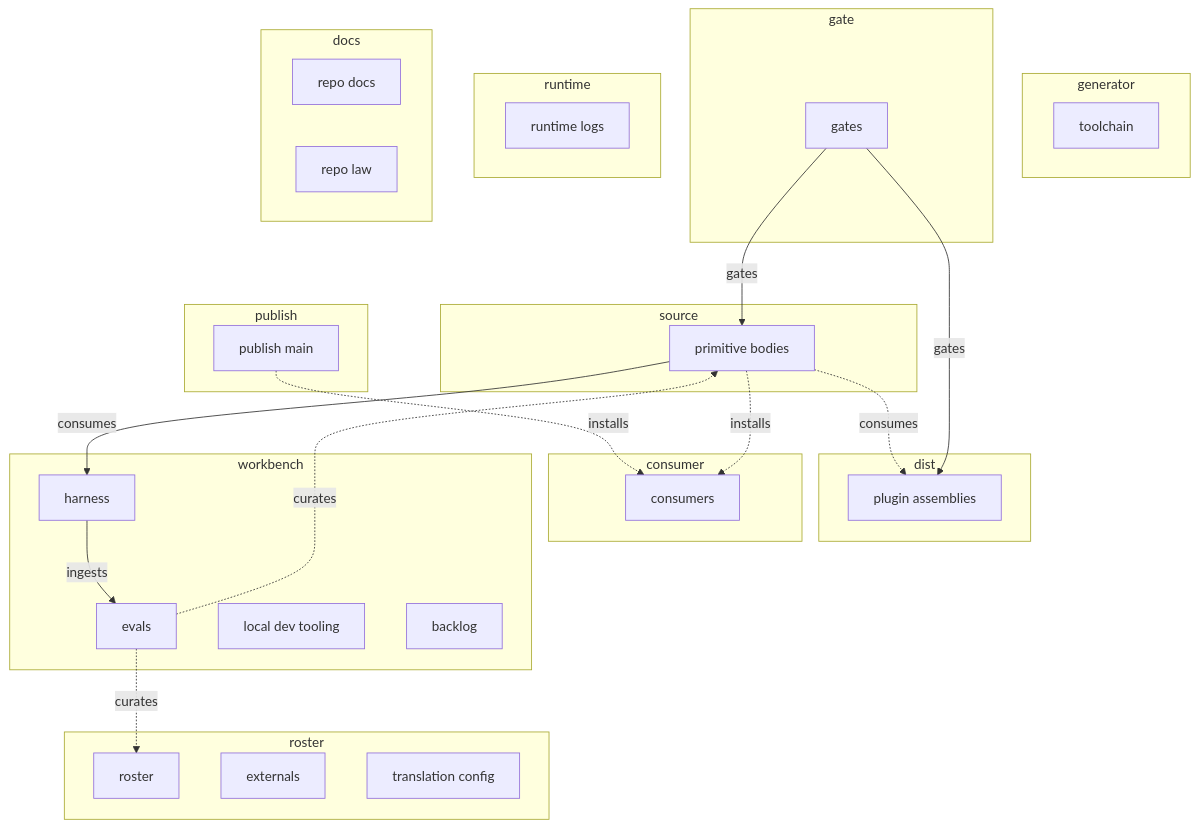
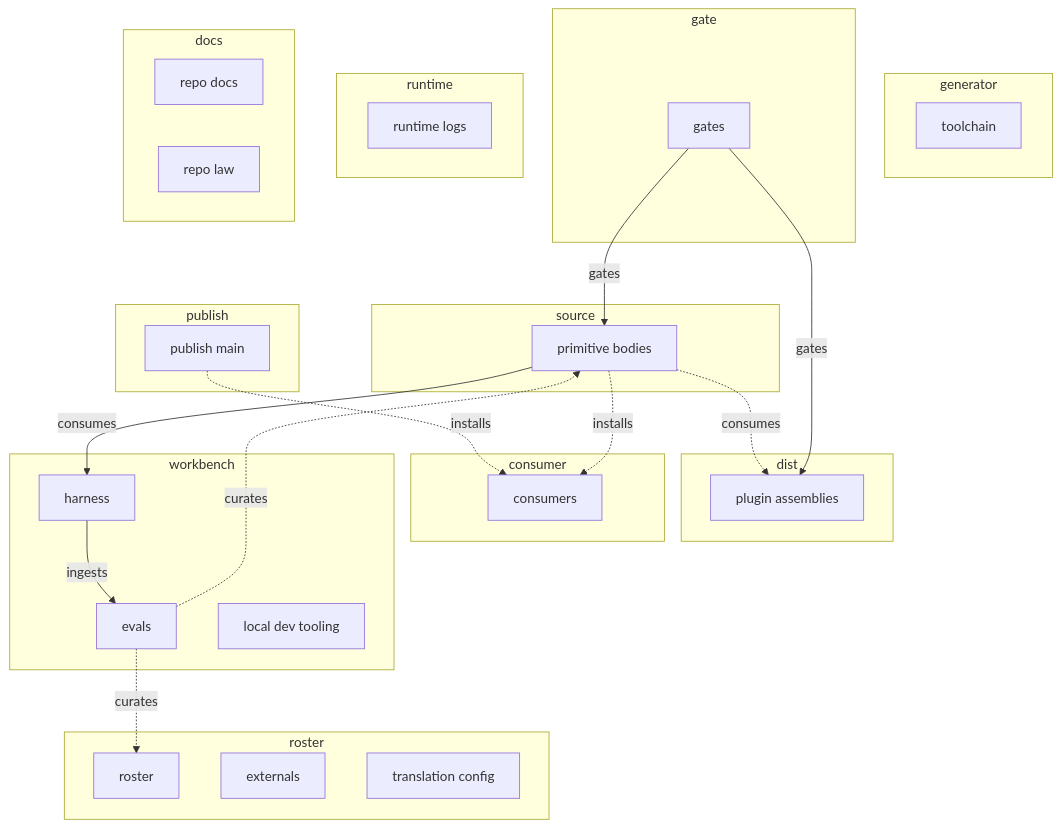
One commit to hsb3/dotfiles-agents changed the diagram in docs/FLOW.md. Above: the diagram before and after it, drawn with Mermaid. The commit also changed 95 other files, not shown here.

````diff
--- a/docs/FLOW.md
+++ b/docs/FLOW.md
@@ -30,49 +30,48 @@
 ```mermaid
 flowchart TD
   subgraph L_roster[roster]
     N_roster[roster]
     N_externals[externals]
     N_translation_config[translation config]
   end
   subgraph L_source[source]
     N_primitive_bodies[primitive bodies]
   end
   subgraph L_generator[generator]
     N_toolchain[toolchain]
   end
   subgraph L_gate[gate]
     N_gates[gates]
   end
   subgraph L_dist[dist]
     N_plugin_assemblies[plugin assemblies]
   end
   subgraph L_publish[publish]
     N_publish_main[publish main]
   end
   subgraph L_consumer[consumer]
     N_consumers[consumers]
   end
   subgraph L_workbench[workbench]
     N_harness[harness]
     N_evals[evals]
     N_local_dev_tooling[local dev tooling]
-    N_backlog[backlog]
   end
   subgraph L_runtime[runtime]
     N_runtime_logs[runtime logs]
   end
   subgraph L_docs[docs]
     N_repo_docs[repo docs]
     N_repo_law[repo law]
   end
   N_gates -->|gates| N_primitive_bodies
   N_primitive_bodies -.->|consumes| N_plugin_assemblies
   N_gates -->|gates| N_plugin_assemblies
   N_primitive_bodies -->|consumes| N_harness
   N_harness -->|ingests| N_evals
   N_publish_main -.->|installs| N_consumers
   N_primitive_bodies -.->|installs| N_consumers
   N_evals -.->|curates| N_roster
   N_evals -.->|curates| N_primitive_bodies
   classDef planned stroke-dasharray: 6 4
 ```
````
